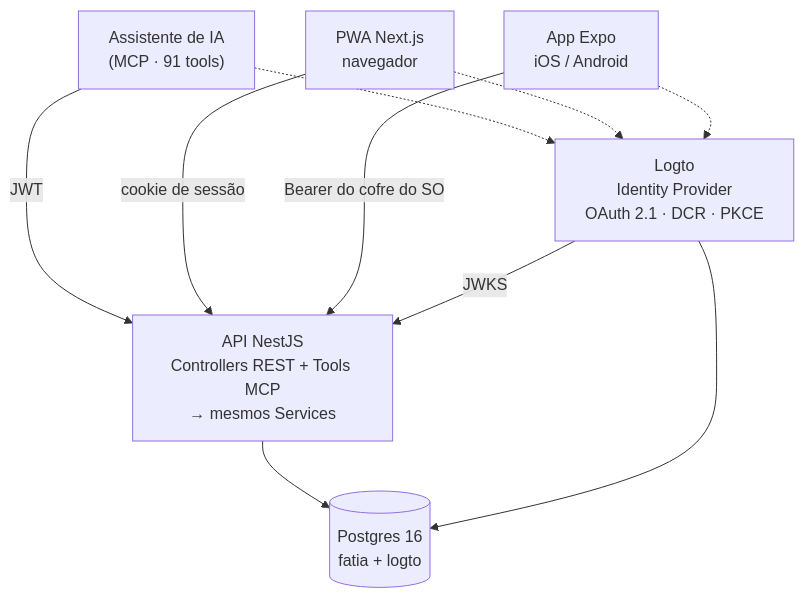
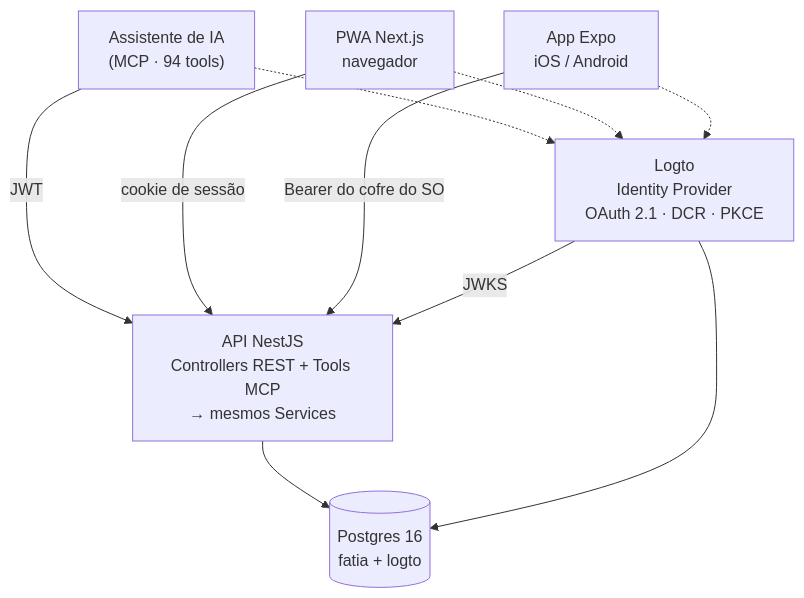
One commit to ThiagoCarreiraVallim/fatia changed the diagram in README.md. Above: the diagram before and after it, drawn with Mermaid. The commit also changed other lines of this file and 20 other files, not shown here.

````diff
--- a/README.md
+++ b/README.md
@@ -32,19 +32,19 @@
 ```mermaid
 flowchart TD
-    claude["Assistente de IA<br/>(MCP · 91 tools)"]
+    claude["Assistente de IA<br/>(MCP · 94 tools)"]
     pwa["PWA Next.js<br/>navegador"]
     mobile["App Expo<br/>iOS / Android"]
     logto["Logto<br/>Identity Provider<br/>OAuth 2.1 · DCR · PKCE"]
     api["API NestJS<br/>Controllers REST + Tools MCP<br/>→ mesmos Services"]
     pg[("Postgres 16<br/>fatia + logto")]
 
     claude -- "JWT" --> api
     pwa -- "cookie de sessão" --> api
     mobile -- "Bearer do cofre do SO" --> api
     claude -.-> logto
     pwa -.-> logto
     mobile -.-> logto
     logto -- "JWKS" --> api
     api --> pg
     logto --> pg
 ```
````
